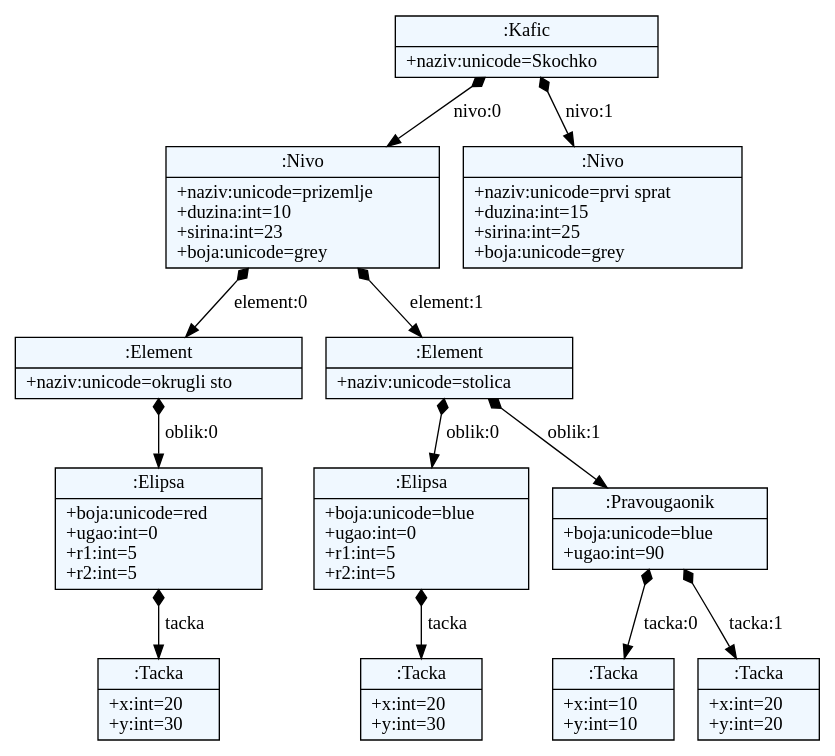
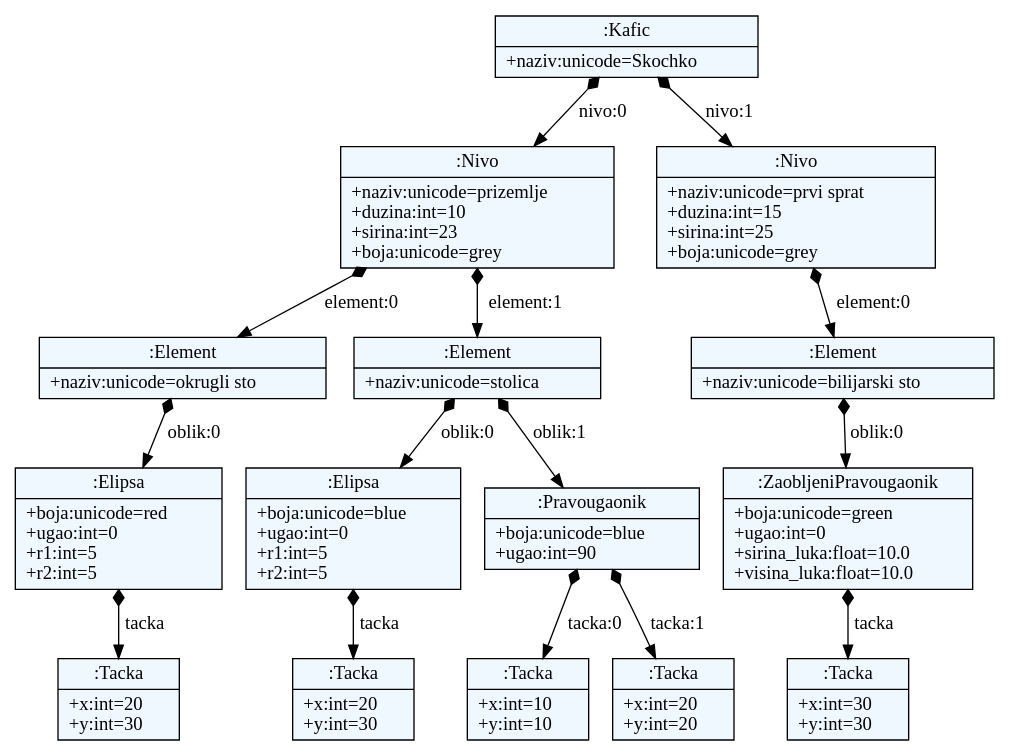
One commit to 0xMilica/JSDGenerator changed the diagram in JSDProject/language/model.dot. Above: the diagram before and after it, drawn with Graphviz. The commit also changed 5 other files, not shown here.

```diff
--- a/JSDProject/language/model.dot
+++ b/JSDProject/language/model.dot
@@ -1,37 +1,43 @@
 
     digraph xtext {
     fontname = "Bitstream Vera Sans"
     fontsize = 8
     node[
         shape=record,
         style=filled,
         fillcolor=aliceblue
     ]
     edge[dir=black,arrowtail=empty]
 
 
-47966584 -> 52328096 [label="nivo:0" arrowtail=diamond dir=both]
-52328096 -> 52328264 [label="element:0" arrowtail=diamond dir=both]
-52328264 -> 52328432 [label="oblik:0" arrowtail=diamond dir=both]
-52328432 -> 52328544 [label="tacka" arrowtail=diamond dir=both]
-52328544[label="{:Tacka|+x:int=20\l+y:int=30\l}"]
-52328432[label="{:Elipsa|+boja:unicode=red\l+ugao:int=0\l+r1:int=5\l+r2:int=5\l}"]
-52328264[label="{:Element|+naziv:unicode=okrugli sto\l}"]
-52328096 -> 52328320 [label="element:1" arrowtail=diamond dir=both]
-52328320 -> 52328600 [label="oblik:0" arrowtail=diamond dir=both]
-52328600 -> 52328712 [label="tacka" arrowtail=diamond dir=both]
-52328712[label="{:Tacka|+x:int=20\l+y:int=30\l}"]
-52328600[label="{:Elipsa|+boja:unicode=blue\l+ugao:int=0\l+r1:int=5\l+r2:int=5\l}"]
-52328320 -> 52328656 [label="oblik:1" arrowtail=diamond dir=both]
-52328656 -> 52328880 [label="tacka:0" arrowtail=diamond dir=both]
-52328880[label="{:Tacka|+x:int=10\l+y:int=10\l}"]
-52328656 -> 52328936 [label="tacka:1" arrowtail=diamond dir=both]
-52328936[label="{:Tacka|+x:int=20\l+y:int=20\l}"]
-52328656[label="{:Pravougaonik|+boja:unicode=blue\l+ugao:int=90\l}"]
-52328320[label="{:Element|+naziv:unicode=stolica\l}"]
-52328096[label="{:Nivo|+naziv:unicode=prizemlje\l+duzina:int=10\l+sirina:int=23\l+boja:unicode=grey\l}"]
-47966584 -> 52328152 [label="nivo:1" arrowtail=diamond dir=both]
-52328152[label="{:Nivo|+naziv:unicode=prvi sprat\l+duzina:int=15\l+sirina:int=25\l+boja:unicode=grey\l}"]
-47966584[label="{:Kafic|+naziv:unicode=Skochko\l}"]
+47152936 -> 52161952 [label="nivo:0" arrowtail=diamond dir=both]
+52161952 -> 52162512 [label="element:0" arrowtail=diamond dir=both]
+52162512 -> 52515448 [label="oblik:0" arrowtail=diamond dir=both]
+52515448 -> 52515560 [label="tacka" arrowtail=diamond dir=both]
+52515560[label="{:Tacka|+x:int=20\l+y:int=30\l}"]
+52515448[label="{:Elipsa|+boja:unicode=red\l+ugao:int=0\l+r1:int=5\l+r2:int=5\l}"]
+52162512[label="{:Element|+naziv:unicode=okrugli sto\l}"]
+52161952 -> 52138784 [label="element:1" arrowtail=diamond dir=both]
+52138784 -> 52515616 [label="oblik:0" arrowtail=diamond dir=both]
+52515616 -> 52515728 [label="tacka" arrowtail=diamond dir=both]
+52515728[label="{:Tacka|+x:int=20\l+y:int=30\l}"]
+52515616[label="{:Elipsa|+boja:unicode=blue\l+ugao:int=0\l+r1:int=5\l+r2:int=5\l}"]
+52138784 -> 52515672 [label="oblik:1" arrowtail=diamond dir=both]
+52515672 -> 52515896 [label="tacka:0" arrowtail=diamond dir=both]
+52515896[label="{:Tacka|+x:int=10\l+y:int=10\l}"]
+52515672 -> 52515952 [label="tacka:1" arrowtail=diamond dir=both]
+52515952[label="{:Tacka|+x:int=20\l+y:int=20\l}"]
+52515672[label="{:Pravougaonik|+boja:unicode=blue\l+ugao:int=90\l}"]
+52138784[label="{:Element|+naziv:unicode=stolica\l}"]
+52161952[label="{:Nivo|+naziv:unicode=prizemlje\l+duzina:int=10\l+sirina:int=23\l+boja:unicode=grey\l}"]
+47152936 -> 52162400 [label="nivo:1" arrowtail=diamond dir=both]
+52162400 -> 52515504 [label="element:0" arrowtail=diamond dir=both]
+52515504 -> 52516008 [label="oblik:0" arrowtail=diamond dir=both]
+52516008 -> 52516120 [label="tacka" arrowtail=diamond dir=both]
+52516120[label="{:Tacka|+x:int=30\l+y:int=30\l}"]
+52516008[label="{:ZaobljeniPravougaonik|+boja:unicode=green\l+ugao:int=0\l+sirina_luka:float=10.0\l+visina_luka:float=10.0\l}"]
+52515504[label="{:Element|+naziv:unicode=bilijarski sto\l}"]
+52162400[label="{:Nivo|+naziv:unicode=prvi sprat\l+duzina:int=15\l+sirina:int=25\l+boja:unicode=grey\l}"]
+47152936[label="{:Kafic|+naziv:unicode=Skochko\l}"]
 
 }
```
